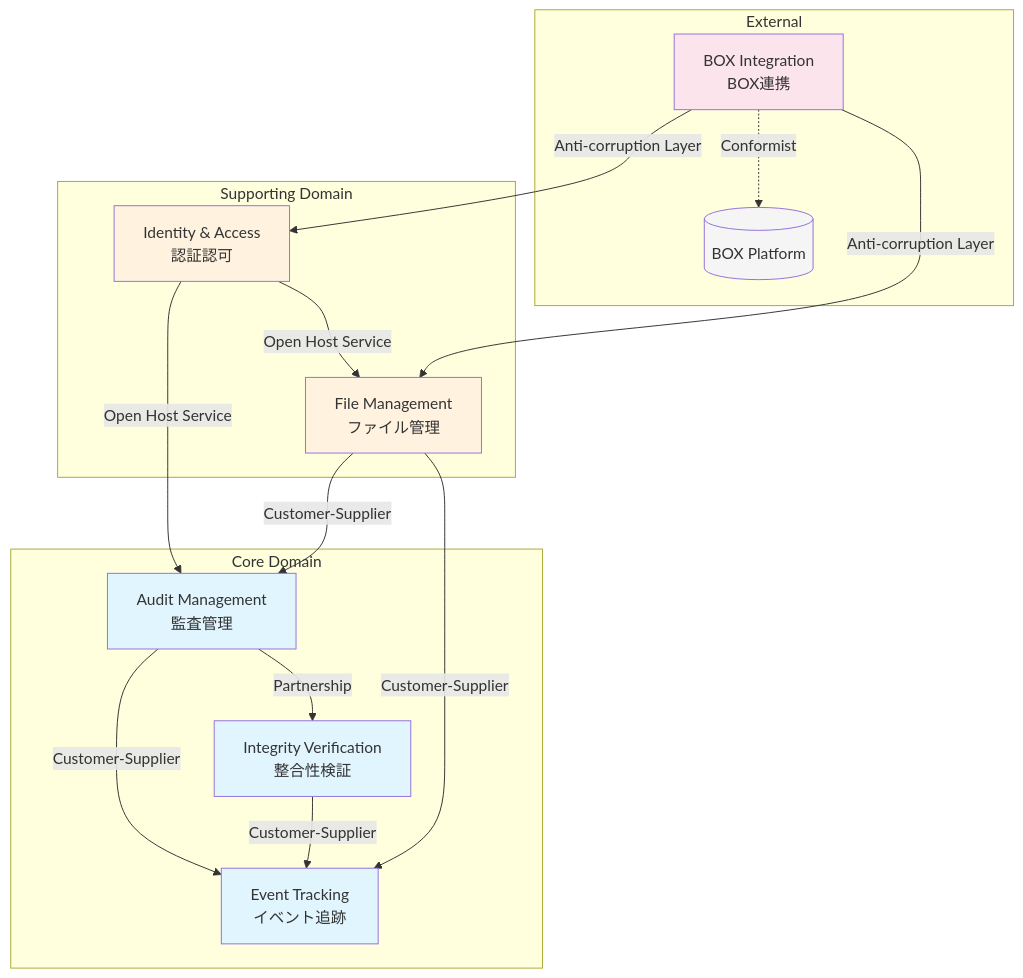
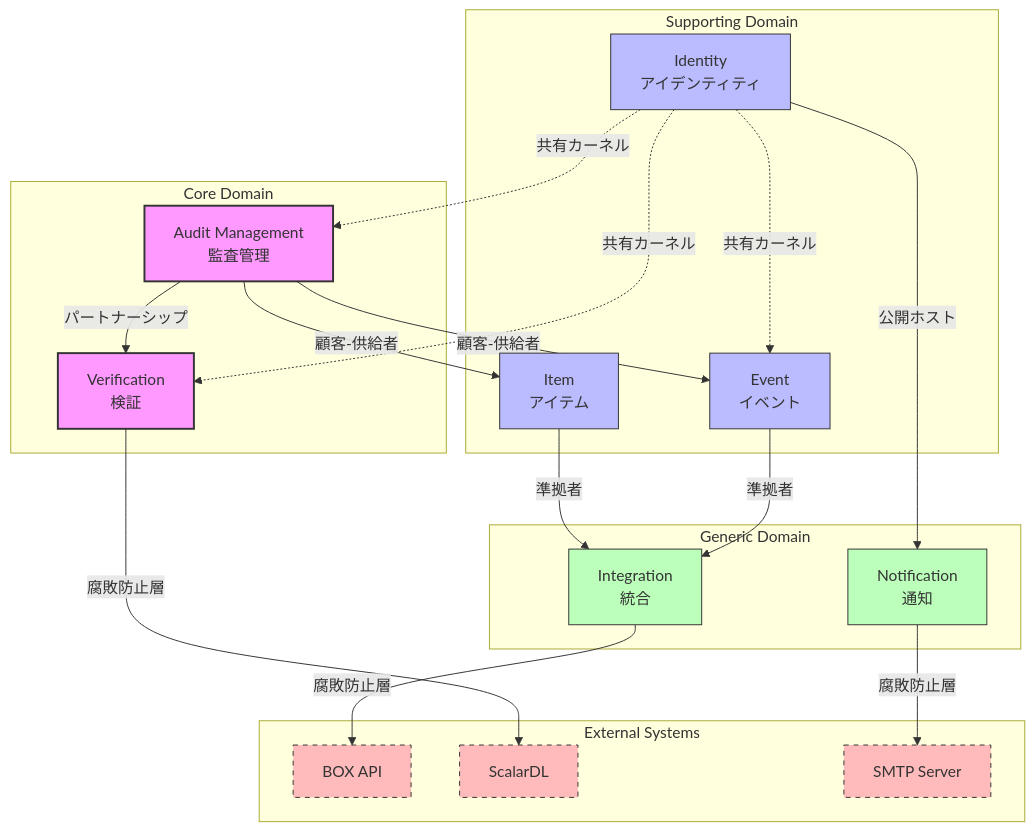
The first of 8 diagrams in reports/03_design/context-map.md (wfukatsu/refactoring-agent-for-claude-code), drawn with Mermaid before and after one commit. The commit also changed other lines of this file and 26 other files, not shown here.

````diff
--- a/reports/03_design/context-map.md
+++ b/reports/03_design/context-map.md
@@ -7,42 +11,54 @@
 ```mermaid
 graph TB
     subgraph "Core Domain"
         AM[Audit Management<br/>監査管理]
-        IV[Integrity Verification<br/>整合性検証]
-        ET[Event Tracking<br/>イベント追跡]
+        VER[Verification<br/>検証]
     end
+    
+    subgraph "Supporting Domain"
+        EVT[Event<br/>イベント]
+        ITEM[Item<br/>アイテム]
+        ID[Identity<br/>アイデンティティ]
+    end
+    
+    subgraph "Generic Domain"
+        INT[Integration<br/>統合]
+        NOTIF[Notification<br/>通知]
+    end
+    
+    subgraph "External Systems"
+        BOX[BOX API]
+        SDL[ScalarDL]
+        SMTP[SMTP Server]
+    end
+    
+    %% Core relationships
+    AM -->|顧客-供給者| EVT
+    AM -->|顧客-供給者| ITEM
+    AM -->|パートナーシップ| VER
+    VER -->|腐敗防止層| SDL
+    
+    %% Supporting relationships
+    EVT -->|準拠者| INT
+    ITEM -->|準拠者| INT
+    INT -->|腐敗防止層| BOX
+    
+    %% Identity as shared kernel
+    ID -.->|共有カーネル| AM
+    ID -.->|共有カーネル| VER
+    ID -.->|共有カーネル| EVT
+    
+    %% Notification
+    NOTIF -->|腐敗防止層| SMTP
+    ID -->|公開ホスト| NOTIF
 
-    subgraph "Supporting Domain"
-        IA[Identity & Access<br/>認証認可]
-        FM[File Management<br/>ファイル管理]
-    end
-
-    subgraph "External"
-        BI[BOX Integration<br/>BOX連携]
-        BOX[(BOX Platform)]
-    end
-
-    %% Core Domain内の関係
-    AM -->|Partnership| IV
-    AM -->|Customer-Supplier| ET
-    IV -->|Customer-Supplier| ET
-
-    %% Supporting → Core
-    IA -->|Open Host Service| AM
-    IA -->|Open Host Service| FM
-    FM -->|Customer-Supplier| AM
-    FM -->|Customer-Supplier| ET
-
-    %% Integration → All
-    BI -->|Anti-corruption Layer| FM
-    BI -->|Anti-corruption Layer| IA
-    BI -.->|Conformist| BOX
-
-    style AM fill:#e1f5fe
-    style IV fill:#e1f5fe
-    style ET fill:#e1f5fe
-    style IA fill:#fff3e0
-    style FM fill:#fff3e0
-    style BI fill:#fce4ec
-    style BOX fill:#f5f5f5
+    classDef core fill:#f9f,stroke:#333,stroke-width:2px
+    classDef support fill:#bbf,stroke:#333
+    classDef generic fill:#bfb,stroke:#333
+    classDef external fill:#fbb,stroke:#333,stroke-dasharray:5 5
+    
+    class AM,VER core
+    class EVT,ITEM,ID support
+    class INT,NOTIF generic
+    class BOX,SDL,SMTP external
 ```
````
